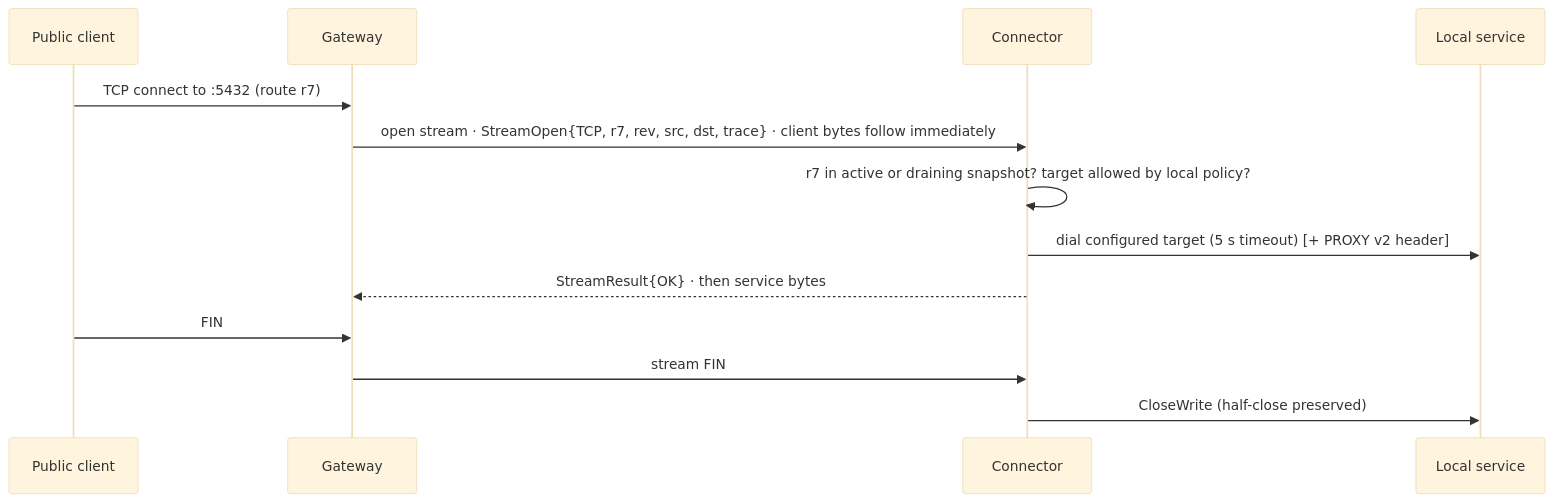
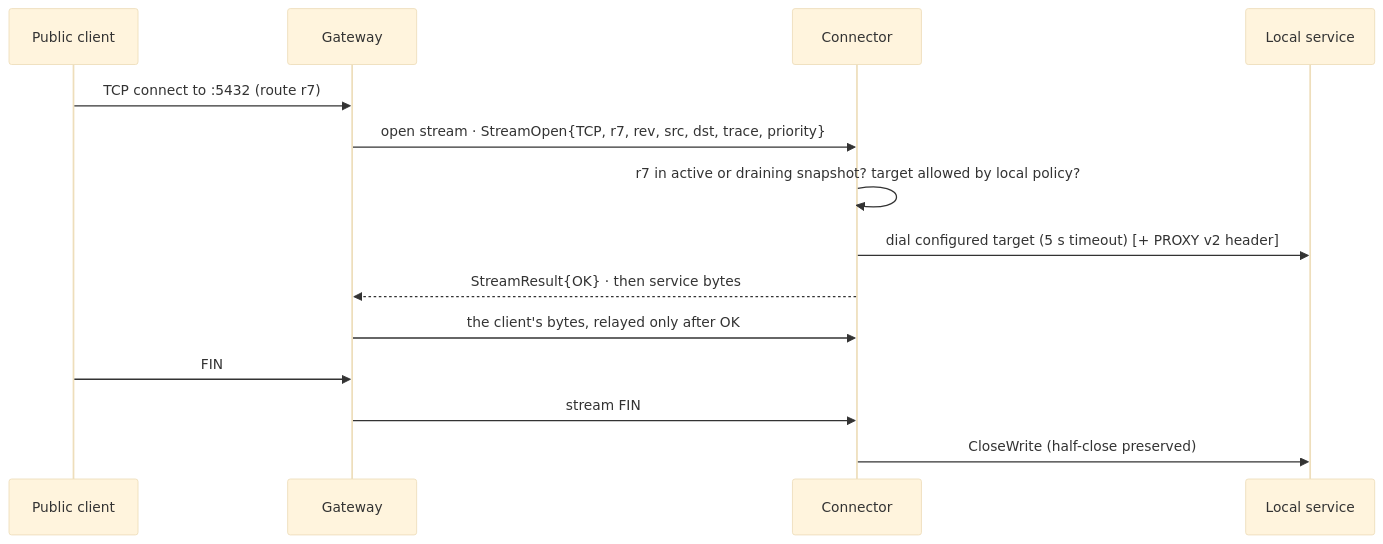
One commit to felix-homelab/rpmgr changed the fourth of 7 diagrams in docs/03-connections.md. Above: the diagram before and after it, drawn with Mermaid (base theme). The commit also changed other lines of this file and 21 other files, not shown here.

````diff
--- a/docs/03-connections.md
+++ b/docs/03-connections.md
@@ -506,15 +507,16 @@
 ```mermaid
 sequenceDiagram
   participant U as Public client
   participant G as Gateway
   participant A as Connector
   participant S as Local service
   U->>G: TCP connect to :5432 (route r7)
-  G->>A: open stream · StreamOpen{TCP, r7, rev, src, dst, trace} · client bytes follow immediately
+  G->>A: open stream · StreamOpen{TCP, r7, rev, src, dst, trace, priority}
   A->>A: r7 in active or draining snapshot? target allowed by local policy?
   A->>S: dial configured target (5 s timeout) [+ PROXY v2 header]
   A-->>G: StreamResult{OK} · then service bytes
+  G->>A: the client's bytes, relayed only after OK
   U->>G: FIN
   G->>A: stream FIN
   A->>S: CloseWrite (half-close preserved)
 ```
````
